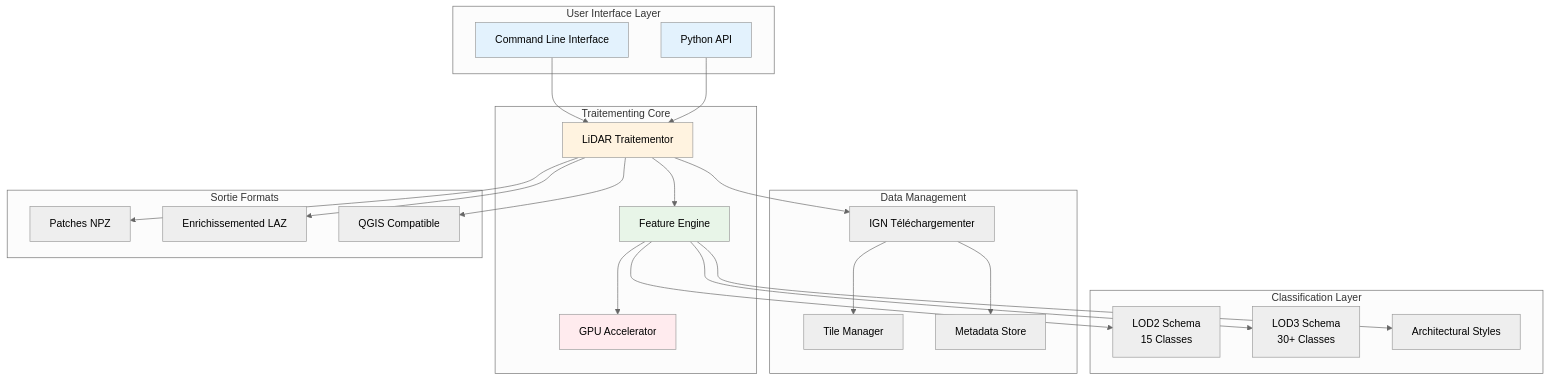
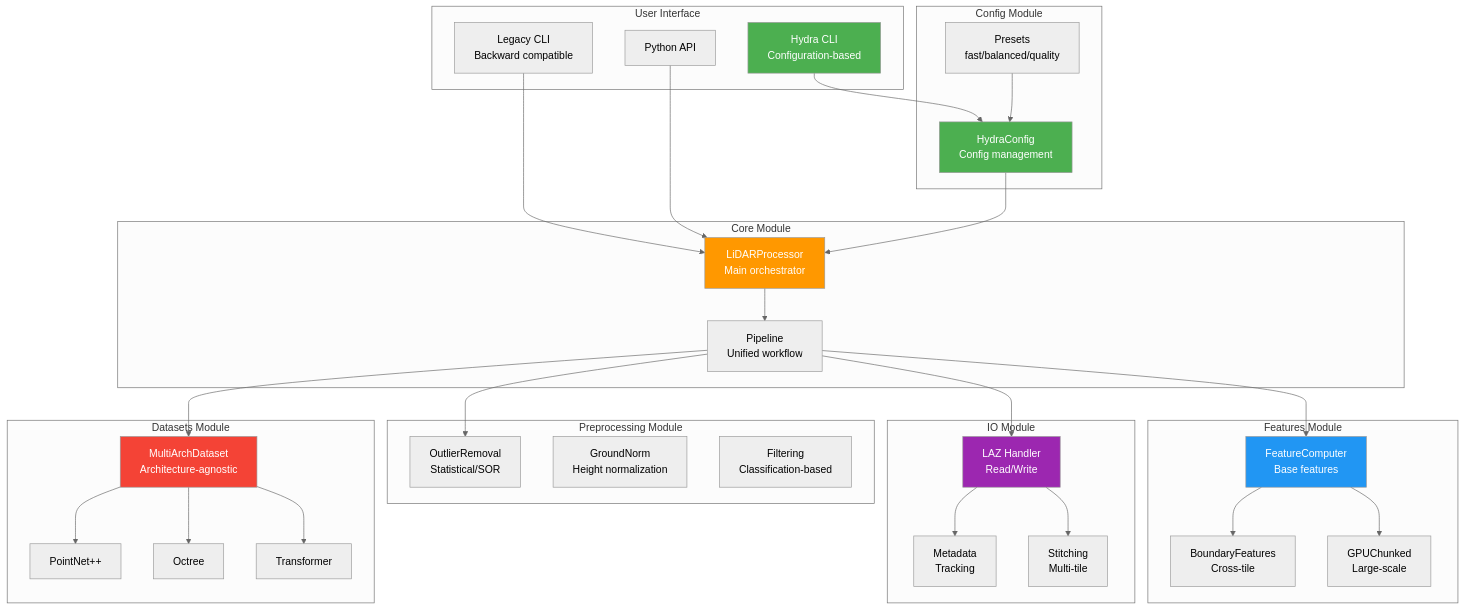
Before and after one commit to sducournau/IGN_LIDAR_HD_DATASET: the first of 6 diagrams in website/i18n/fr/docusaurus-plugin-content-docs/current/architecture.md, drawn with Mermaid (neutral theme). The commit also changed other lines of this file and 145 other files, not shown here.

````diff
--- a/website/i18n/fr/docusaurus-plugin-content-docs/current/architecture.md
+++ b/website/i18n/fr/docusaurus-plugin-content-docs/current/architecture.md
@@ -11,51 +27,69 @@
 ```mermaid
 graph TB
-    subgraph "User Interface Layer"
-        CLI[Command Line Interface]
+    subgraph "User Interface"
+        HYDRA[Hydra CLI<br/>Configuration-based]
+        LEGACY[Legacy CLI<br/>Backward compatible]
         API[Python API]
     end
 
-    subgraph "Traitementing Core"
-        PROC[LiDAR Traitementor]
-        FEAT[Feature Engine]
-        GPU[GPU Accelerator]
+    subgraph "Core Module"
+        PROC[LiDARProcessor<br/>Main orchestrator]
+        PIPE[Pipeline<br/>Unified workflow]
     end
 
-    subgraph "Data Management"
-        DOWN[IGN Téléchargementer]
-        TILE[Tile Manager]
-        META[Metadata Store]
+    subgraph "Features Module"
+        COMP[FeatureComputer<br/>Base features]
+        BOUND[BoundaryFeatures<br/>Cross-tile]
+        CHUNK[GPUChunked<br/>Large-scale]
     end
 
-    subgraph "Classification Layer"
-        LOD2[LOD2 Schema<br/>15 Classes]
-        LOD3[LOD3 Schema<br/>30+ Classes]
-        ARCH[Architectural Styles]
+    subgraph "Preprocessing Module"
+        OUT[OutlierRemoval<br/>Statistical/SOR]
+        NORM[GroundNorm<br/>Height normalization]
+        FILT[Filtering<br/>Classification-based]
     end
 
-    subgraph "Sortie Formats"
-        NPZ[Patches NPZ]
-        LAZ[Enrichissemented LAZ]
-        QGIS[QGIS Compatible]
+    subgraph "IO Module"
+        LAZ_IO[LAZ Handler<br/>Read/Write]
+        META[Metadata<br/>Tracking]
+        STITCH[Stitching<br/>Multi-tile]
     end
 
-    CLI --> PROC
+    subgraph "Config Module"
+        HYDRA_CFG[HydraConfig<br/>Config management]
+        PRESETS[Presets<br/>fast/balanced/quality]
+    end
+
+    subgraph "Datasets Module"
+        MULTI[MultiArchDataset<br/>Architecture-agnostic]
+        PN[PointNet++]
+        OCT[Octree]
+        TRANS[Transformer]
+    end
+
+    HYDRA --> HYDRA_CFG
+    LEGACY --> PROC
     API --> PROC
-    PROC --> FEAT
-    PROC --> DOWN
-    FEAT --> GPU
-    FEAT --> LOD2
-    FEAT --> LOD3
-    FEAT --> ARCH
-    DOWN --> TILE
-    DOWN --> META
-    PROC --> NPZ
-    PROC --> LAZ
-    PROC --> QGIS
+    HYDRA_CFG --> PROC
+    PRESETS --> HYDRA_CFG
 
-    style CLI fill:#e3f2fd
-    style API fill:#e3f2fd
-    style PROC fill:#fff3e0
-    style FEAT fill:#e8f5e8
-    style GPU fill:#ffebee
+    PROC --> PIPE
+    PIPE --> COMP
+    PIPE --> OUT
+    COMP --> BOUND
+    COMP --> CHUNK
+    PIPE --> LAZ_IO
+    LAZ_IO --> META
+    LAZ_IO --> STITCH
+    PIPE --> MULTI
+    MULTI --> PN
+    MULTI --> OCT
+    MULTI --> TRANS
+
+    style HYDRA fill:#4caf50,color:#fff
+    style PROC fill:#ff9800,color:#fff
+    style COMP fill:#2196f3,color:#fff
+    style LAZ_IO fill:#9c27b0,color:#fff
+    style HYDRA_CFG fill:#4caf50,color:#fff
+    style MULTI fill:#f44336,color:#fff
 ```
````
